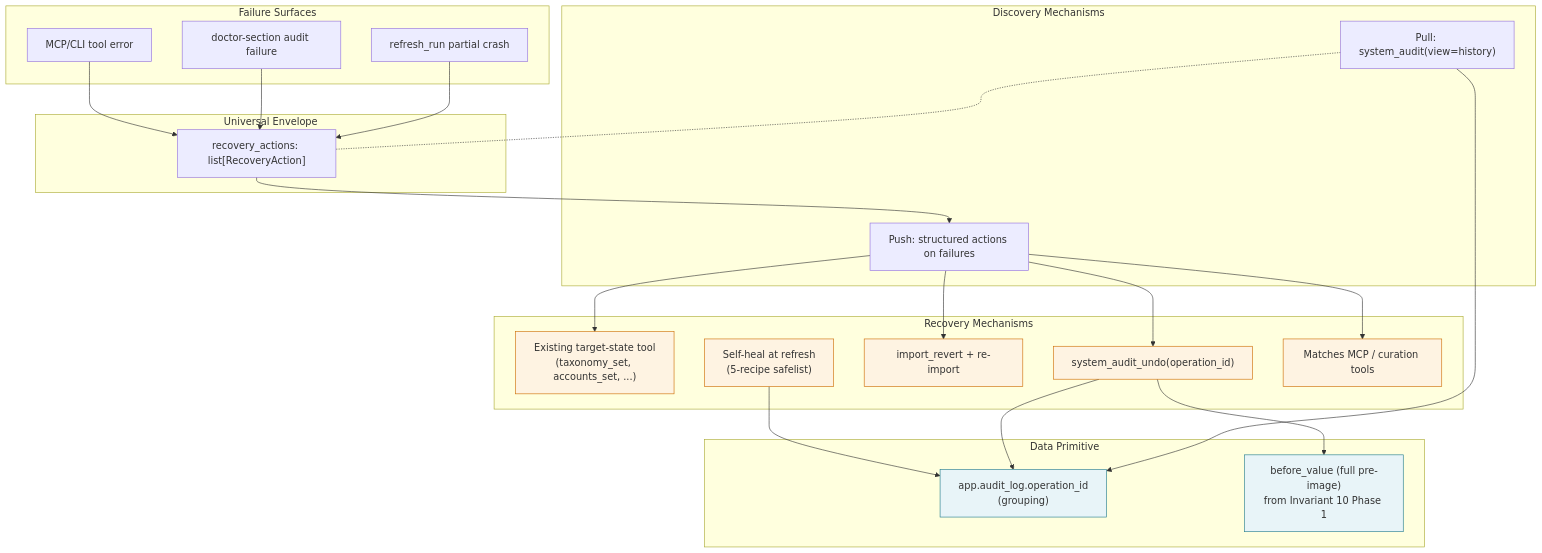
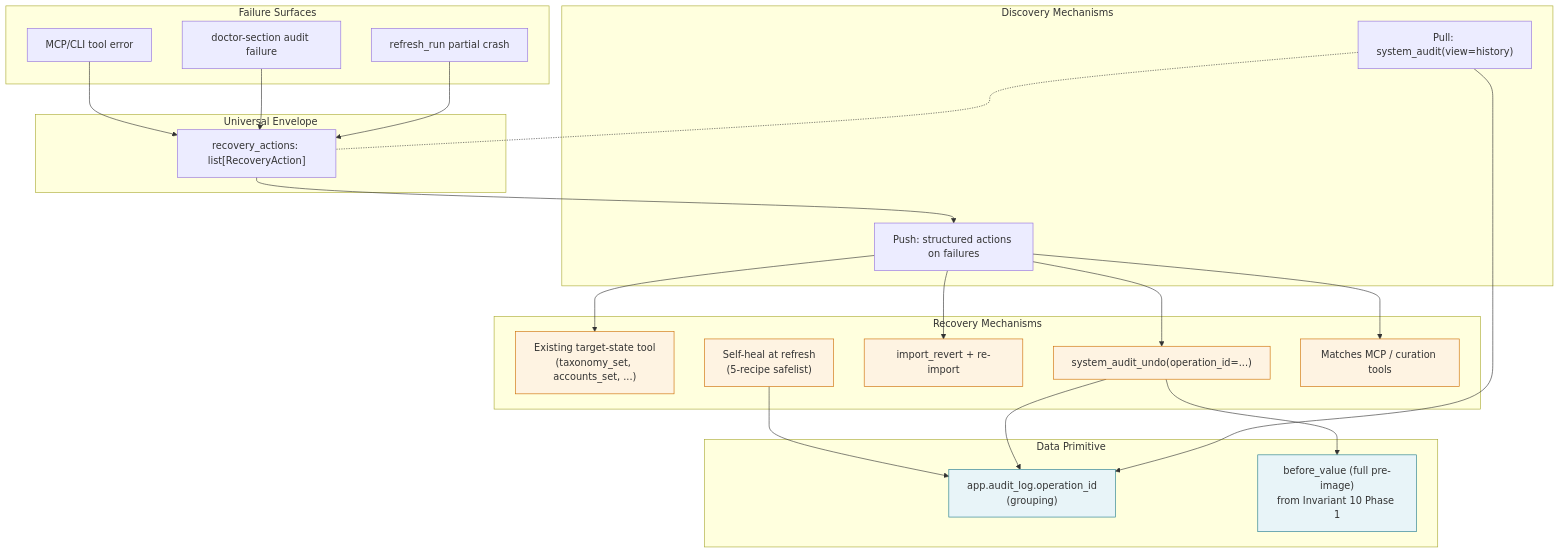
Before and after one commit to bsaffel/moneybin: the diagram in docs/specs/data-recovery-contract.md, drawn with Mermaid. The commit also changed other lines of this file and 59 other files, not shown here.

````diff
--- a/docs/specs/data-recovery-contract.md
+++ b/docs/specs/data-recovery-contract.md
@@ -305,52 +321,52 @@
 ```mermaid
 flowchart TB
     subgraph Surfaces[Failure Surfaces]
         Err["MCP/CLI tool error"]
         Aud["doctor-section audit failure"]
         Ref["refresh_run partial crash"]
     end
 
     subgraph Envelope[Universal Envelope]
         RA["recovery_actions: list[RecoveryAction]"]
     end
 
     subgraph Discovery[Discovery Mechanisms]
         Push["Push: structured actions on failures"]
         Pull["Pull: system_audit(view=history)"]
     end
 
     subgraph Mechanisms[Recovery Mechanisms]
         ExTool["Existing target-state tool<br/>(taxonomy_set, accounts_set, ...)"]
-        Undo["system_audit_undo(operation_id)"]
+        Undo["system_audit_undo(operation_id=...)"]
         Revert["import_revert + re-import"]
         Heal["Self-heal at refresh<br/>(5-recipe safelist)"]
         DomTool["Matches MCP / curation tools"]
     end
 
     subgraph DataPrim[Data Primitive]
         OpId["app.audit_log.operation_id<br/>(grouping)"]
         Pre["before_value (full pre-image)<br/>from Invariant 10 Phase 1"]
     end
 
     Err --> RA
     Aud --> RA
     Ref --> RA
 
     RA --> Push
     Pull -.- RA
 
     Push --> ExTool
     Push --> Undo
     Push --> Revert
     Push --> DomTool
     Heal --> OpId
 
     Undo --> OpId
     Undo --> Pre
     Pull --> OpId
 
     classDef prim fill:#e8f4f8,stroke:#1f7a8c;
     classDef rec fill:#fef3e2,stroke:#cd6c00;
     class OpId,Pre prim;
     class ExTool,Undo,Revert,Heal,DomTool rec;
 ```
````
